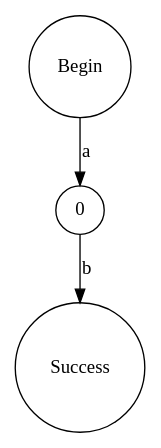
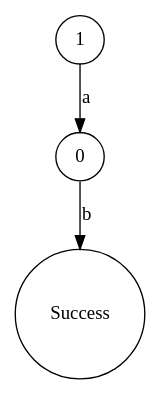
One commit to ayanamists/MyRegEngine changed the diagram in MyRegEngine/bin/Debug/netcoreapp3.1/TestCase1.dot. Above: the diagram before and after it, drawn with Graphviz. The commit also changed 55 other files, not shown here.

```diff
--- a/MyRegEngine/bin/Debug/netcoreapp3.1/TestCase1.dot
+++ b/MyRegEngine/bin/Debug/netcoreapp3.1/TestCase1.dot
@@ -1,1 +1,1 @@
-digraph TestCase1 { 0 [shape=circle,label="0"]; 1 [shape=circle,label="Begin"]; 2 [shape=circle,label="Success"]; 0 -> 2[label="b"]; 1 -> 0[label="a"]; }
+digraph TestCase1 { 0 [shape=circle,label="0"]; 1 [shape=circle,label="1"]; 2 [shape=circle,label="Success"]; 0 -> 2[label="b"]; 1 -> 0[label="a"]; }
```
